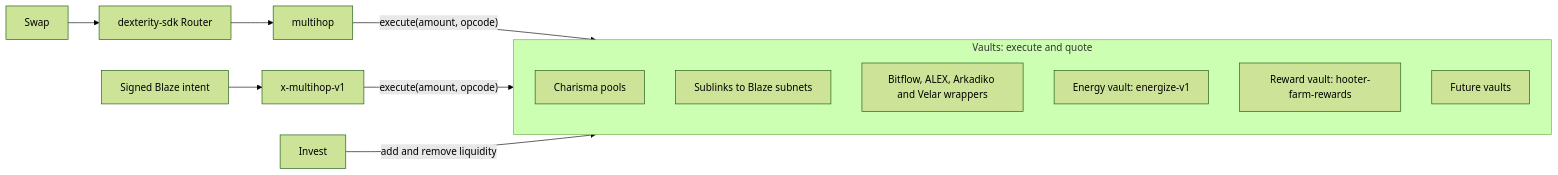
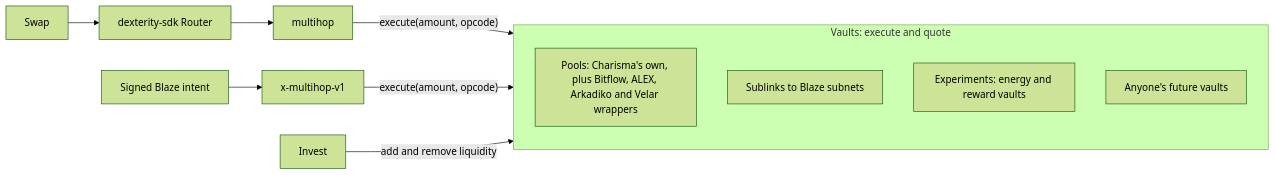
The diagram in apps/docs/docs/dexterity/overview.md (r0zar/charisma), drawn with Mermaid (forest theme) before and after one commit. The commit also changed other lines of this file and 1 other file, not shown here.

Commit message:
docs: Dexterity vault kinds split proven (pools, sublinks) from experiments, and invite others to build

````diff
--- a/apps/docs/docs/dexterity/overview.md
+++ b/apps/docs/docs/dexterity/overview.md
@@ -55,17 +55,15 @@
 ```mermaid
 flowchart LR
     swap["Swap"] --> sdk["dexterity-sdk Router"]
     sdk --> mh["multihop"]
     intent["Signed Blaze intent"] --> xmh["x-multihop-v1"]
     mh -->|"execute(amount, opcode)"| vaults
     xmh -->|"execute(amount, opcode)"| vaults
     invest["Invest"] -->|"add and remove liquidity"| vaults
     subgraph vaults["Vaults: execute and quote"]
-        pools["Charisma pools"]
+        pools["Pools: Charisma's own, plus Bitflow, ALEX, Arkadiko and Velar wrappers"]
         sublinks["Sublinks to Blaze subnets"]
-        wrappers["Bitflow, ALEX, Arkadiko and Velar wrappers"]
-        energy["Energy vault: energize-v1"]
-        rewards["Reward vault: hooter-farm-rewards"]
-        future["Future vaults"]
+        experiments["Experiments: energy and reward vaults"]
+        future["Anyone's future vaults"]
     end
 ```
````
